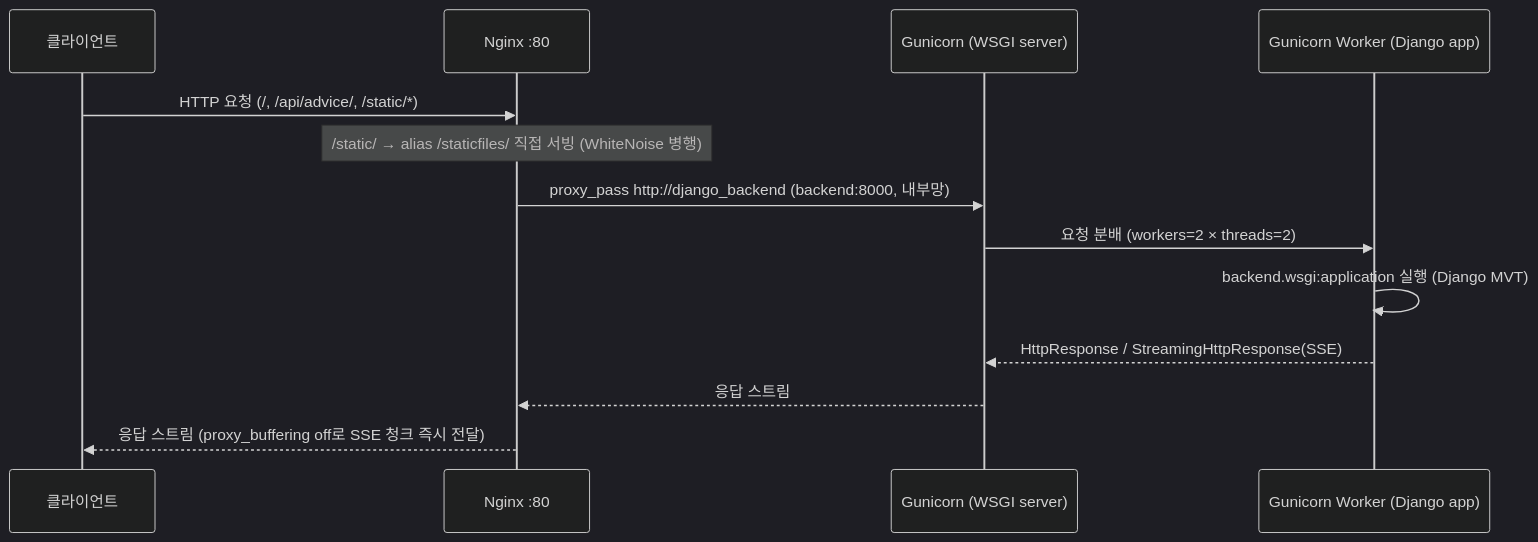
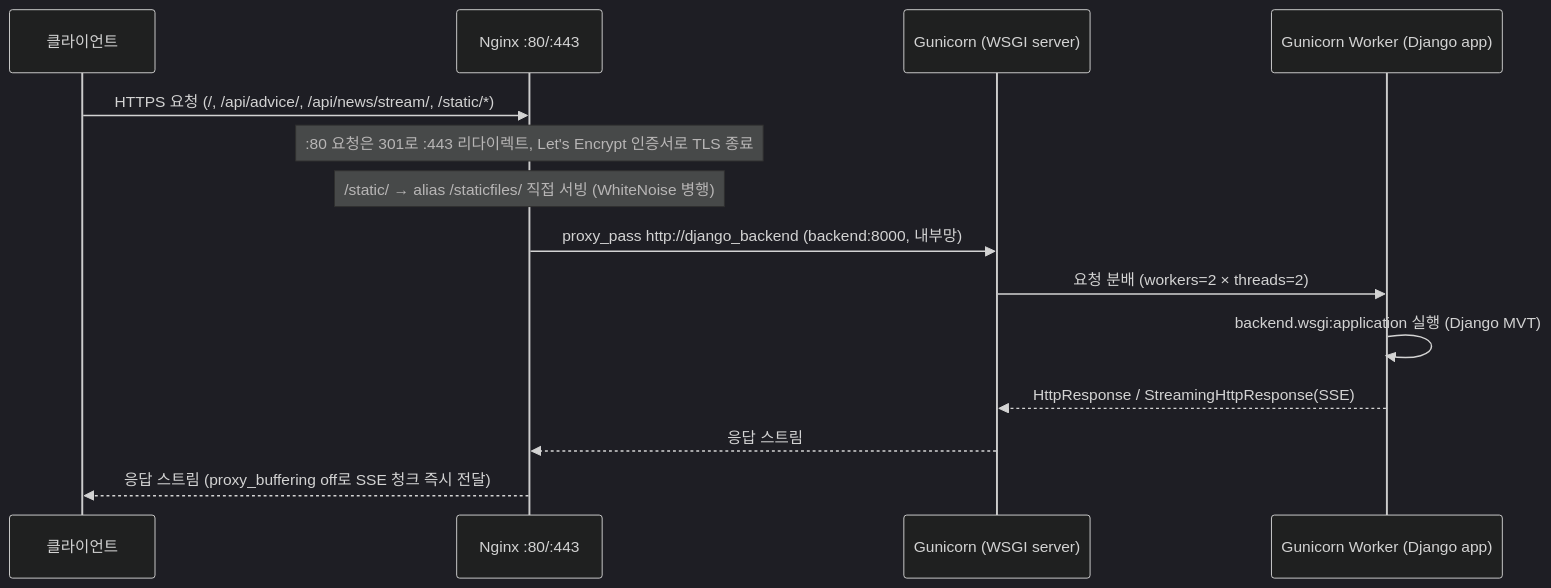
Before and after one commit to hijun318-eng/law_project2: the second of 3 diagrams in doc/시스템_구성도.md, drawn with Mermaid (dark theme). The commit also changed other lines of this file and 1 other file, not shown here.

````diff
--- a/doc/시스템_구성도.md
+++ b/doc/시스템_구성도.md
@@ -69,16 +69,17 @@
 ```mermaid
 sequenceDiagram
     participant C as 클라이언트
-    participant N as Nginx :80
+    participant N as Nginx :80/:443
     participant G as Gunicorn (WSGI server)
     participant W as Gunicorn Worker (Django app)
 
-    C->>N: HTTP 요청 (/, /api/advice/, /static/*)
+    C->>N: HTTPS 요청 (/, /api/advice/, /api/news/stream/, /static/*)
+    Note over N: :80 요청은 301로 :443 리다이렉트, Let's Encrypt 인증서로 TLS 종료
     Note over N: /static/ → alias /staticfiles/ 직접 서빙 (WhiteNoise 병행)
     N->>G: proxy_pass http://django_backend (backend:8000, 내부망)
     G->>W: 요청 분배 (workers=2 × threads=2)
     W->>W: backend.wsgi:application 실행 (Django MVT)
     W-->>G: HttpResponse / StreamingHttpResponse(SSE)
     G-->>N: 응답 스트림
     N-->>C: 응답 스트림 (proxy_buffering off로 SSE 청크 즉시 전달)
 ```
````
